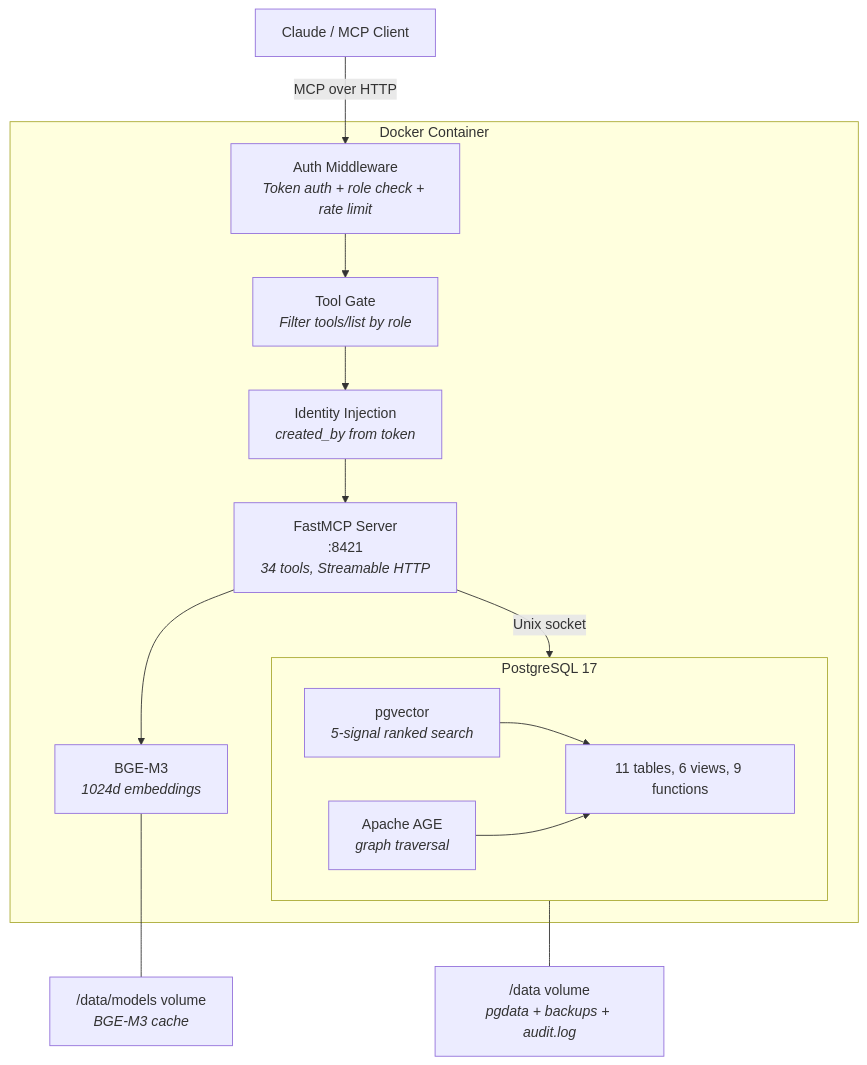
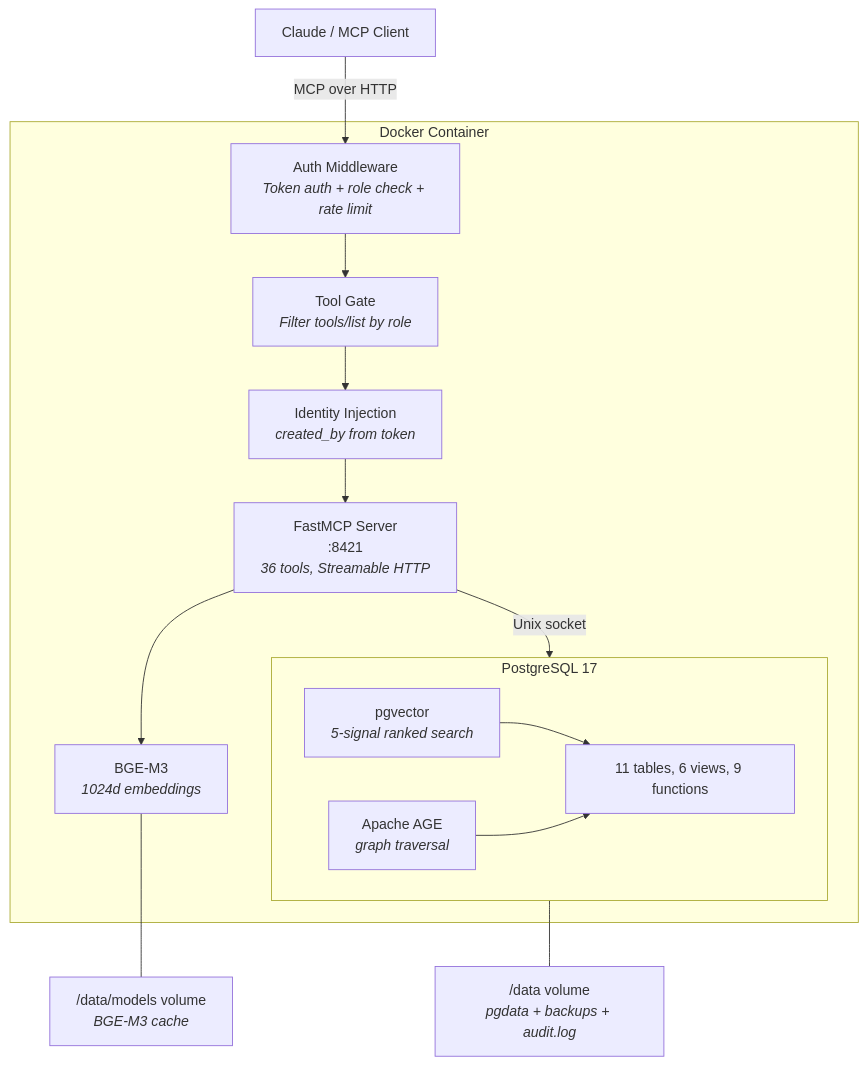
Before and after one commit to ufelmann/HiveMem: the first of 2 diagrams in README.md, drawn with Mermaid. The commit also changed other lines of this file and 1 other file, not shown here.

First line of the commit message:
docs: update README for v2 edges, fix diamond graph test bound

````diff
--- a/README.md
+++ b/README.md
@@ -190,32 +190,32 @@
 ```mermaid
 graph TB
     Client["Claude / MCP Client"]
 
     subgraph Container["Docker Container"]
         Auth["Auth Middleware<br/><i>Token auth + role check + rate limit</i>"]
         ToolGate["Tool Gate<br/><i>Filter tools/list by role</i>"]
         Identity["Identity Injection<br/><i>created_by from token</i>"]
-        MCP["FastMCP Server<br/>:8421<br/><i>34 tools, Streamable HTTP</i>"]
+        MCP["FastMCP Server<br/>:8421<br/><i>36 tools, Streamable HTTP</i>"]
         BGE["BGE-M3<br/><i>1024d embeddings</i>"]
 
         subgraph PG["PostgreSQL 17"]
             pgvector["pgvector<br/><i>5-signal ranked search</i>"]
             AGE["Apache AGE<br/><i>graph traversal</i>"]
             Tables["11 tables, 6 views, 9 functions"]
         end
     end
 
     Volume["/data volume<br/><i>pgdata + backups + audit.log</i>"]
     Models["/data/models volume<br/><i>BGE-M3 cache</i>"]
 
     Client -->|"MCP over HTTP"| Auth
     Auth --> ToolGate
     ToolGate --> Identity
     Identity --> MCP
     MCP --> BGE
     MCP -->|"Unix socket"| PG
     pgvector --> Tables
     AGE --> Tables
     PG --- Volume
     BGE --- Models
 ```
````
